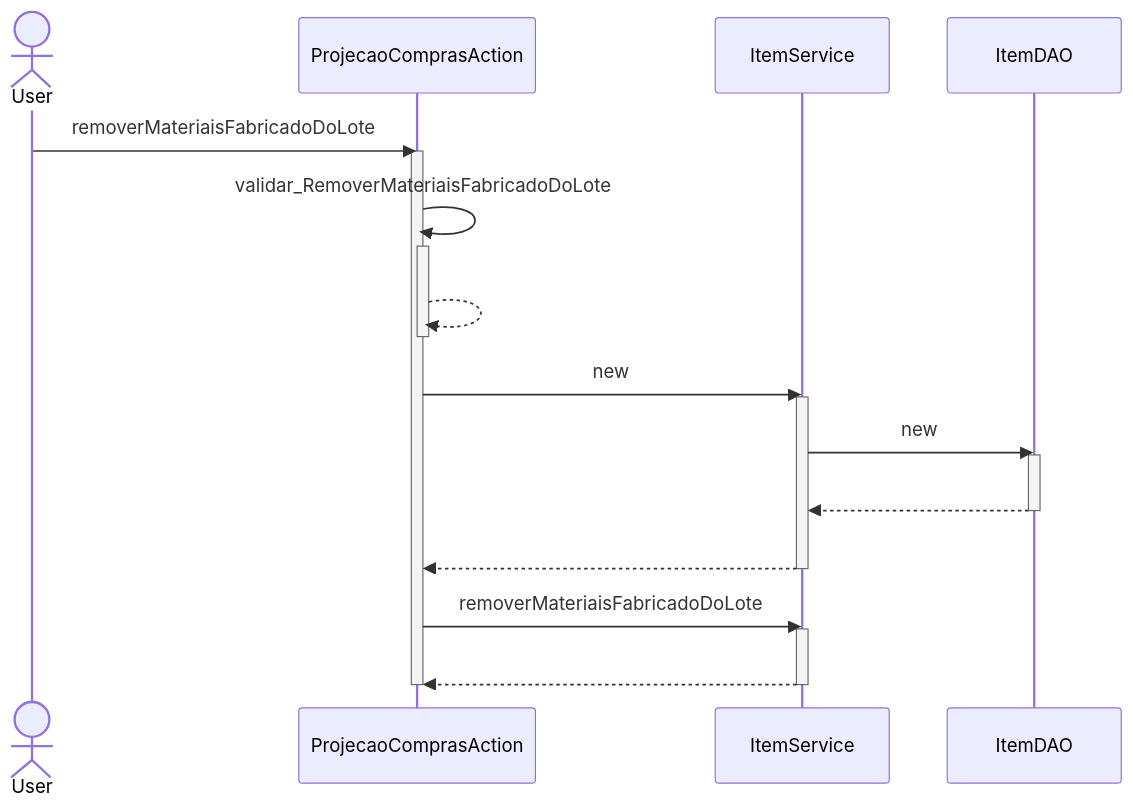
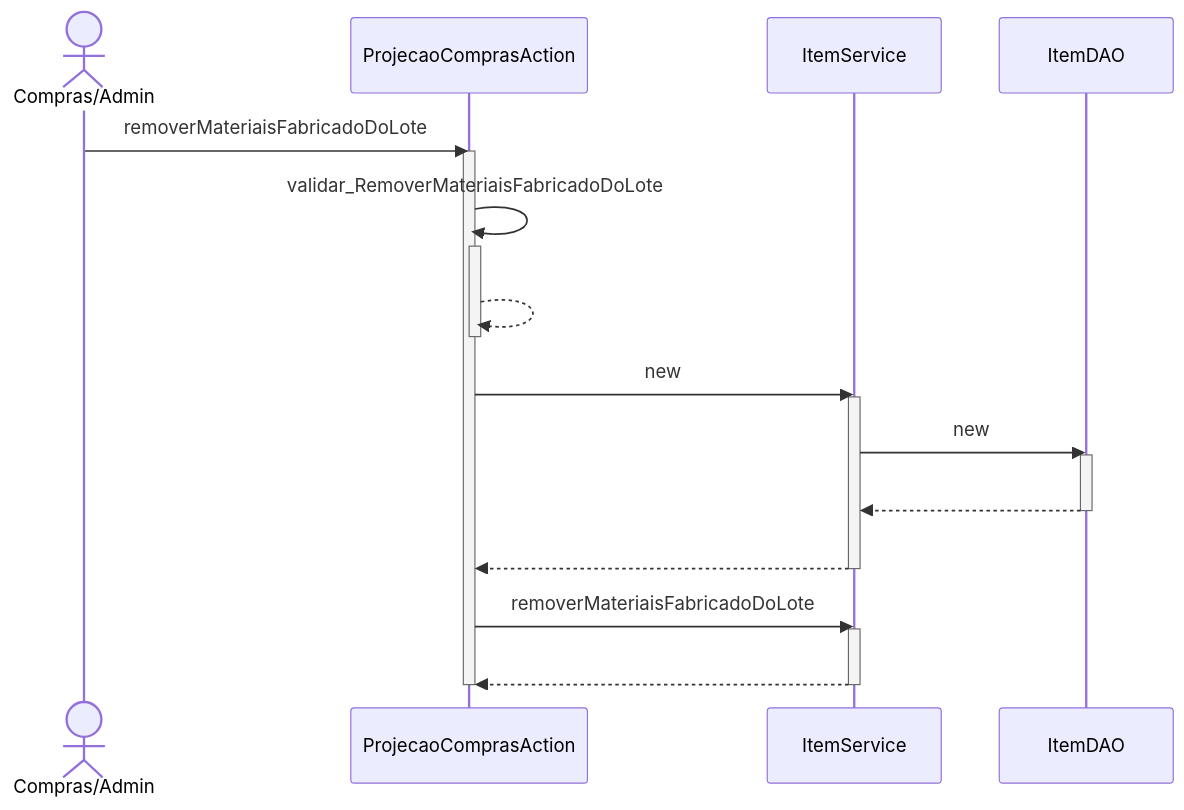
One commit to branqsMRP/SequenceDiagram changed the diagram in DiagramaSequencia/Novo Diagrama Sequencia/Movimentacao/ProjecaoComprasAction_removerMateriaisFabricadoDoLote.mmd. Above: the diagram before and after it, drawn with Mermaid. The commit also changed 7 other files, not shown here.

```diff
--- a/DiagramaSequencia/Novo Diagrama Sequencia/Movimentacao/ProjecaoComprasAction_removerMateriaisFabricadoDoLote.mmd
+++ b/DiagramaSequencia/Novo Diagrama Sequencia/Movimentacao/ProjecaoComprasAction_removerMateriaisFabricadoDoLote.mmd
@@ -1,21 +1,21 @@
 sequenceDiagram
-actor User
-User ->> ProjecaoComprasAction : removerMateriaisFabricadoDoLote
+actor CA as Compras/Admin
+CA ->> ProjecaoComprasAction : removerMateriaisFabricadoDoLote
 activate ProjecaoComprasAction
 ProjecaoComprasAction ->> ProjecaoComprasAction : validar_RemoverMateriaisFabricadoDoLote
 activate ProjecaoComprasAction
 ProjecaoComprasAction -->> ProjecaoComprasAction : #32; 
 deactivate ProjecaoComprasAction
 ProjecaoComprasAction ->> ItemService : new
 activate ItemService
 ItemService ->> ItemDAO : new
 activate ItemDAO
 ItemDAO -->> ItemService : #32; 
 deactivate ItemDAO
 ItemService -->> ProjecaoComprasAction : #32; 
 deactivate ItemService
 ProjecaoComprasAction ->> ItemService : removerMateriaisFabricadoDoLote
 activate ItemService
 ItemService -->> ProjecaoComprasAction : #32; 
 deactivate ItemService
 deactivate ProjecaoComprasAction
```
